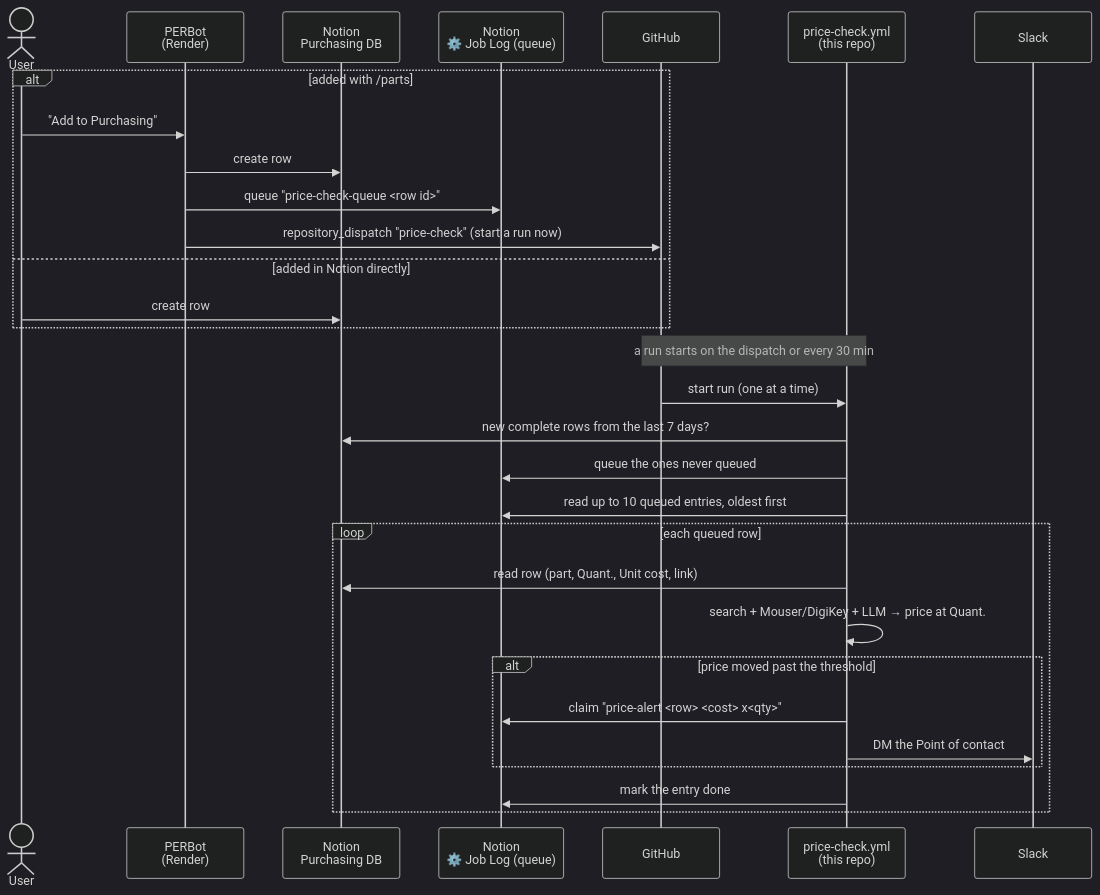
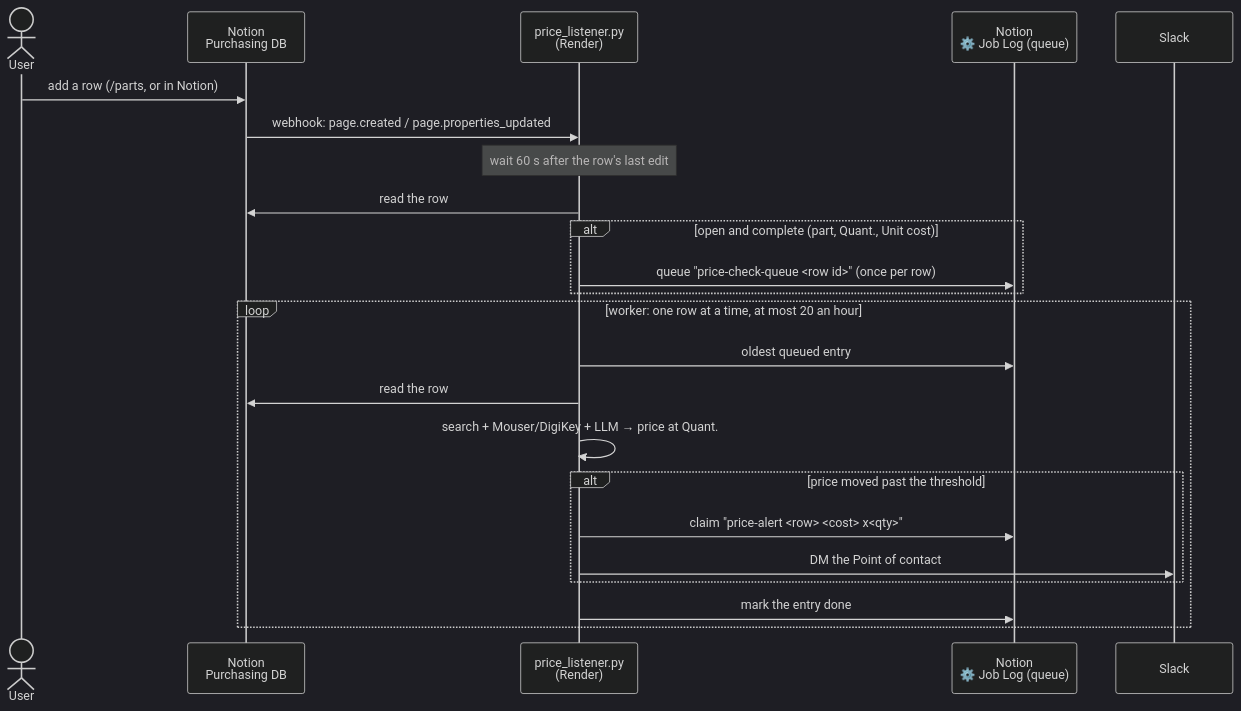
Before and after one commit to Penn-Electric-Racing/PER-Purchasing: the diagram in README.md, drawn with Mermaid (dark theme). The commit also changed other lines of this file and 6 other files, not shown here.

First line of the commit message:
Price check: Notion webhook listener instead of the 30-minute workflow

````diff
--- a/README.md
+++ b/README.md
@@ -277,33 +277,26 @@
 ```mermaid
 sequenceDiagram
     actor User
-    participant PERBot as PERBot<br/>(Render)
     participant Purchasing as Notion<br/>Purchasing DB
+    participant Listener as price_listener.py<br/>(Render)
     participant JobLog as Notion<br/>⚙️ Job Log (queue)
-    participant GitHub
-    participant Workflow as price-check.yml<br/>(this repo)
     participant Slack
 
-    alt added with /parts
-        User->>PERBot: "Add to Purchasing"
-        PERBot->>Purchasing: create row
-        PERBot->>JobLog: queue "price-check-queue #lt;row id#gt;"
-        PERBot->>GitHub: repository_dispatch "price-check" (start a run now)
-    else added in Notion directly
-        User->>Purchasing: create row
+    User->>Purchasing: add a row (/parts, or in Notion)
+    Purchasing->>Listener: webhook: page.created / page.properties_updated
+    Note over Listener: wait 60 s after the row's last edit
+    Listener->>Purchasing: read the row
+    alt open and complete (part, Quant., Unit cost)
+        Listener->>JobLog: queue "price-check-queue #lt;row id#gt;" (once per row)
     end
-    Note over GitHub,Workflow: a run starts on the dispatch or every 30 min
-    GitHub->>Workflow: start run (one at a time)
-    Workflow->>Purchasing: new complete rows from the last 7 days?
-    Workflow->>JobLog: queue the ones never queued
-    Workflow->>JobLog: read up to 10 queued entries, oldest first
-    loop each queued row
-        Workflow->>Purchasing: read row (part, Quant., Unit cost, link)
-        Workflow->>Workflow: search + Mouser/DigiKey + LLM → price at Quant.
+    loop worker: one row at a time, at most 20 an hour
+        Listener->>JobLog: oldest queued entry
+        Listener->>Purchasing: read the row
+        Listener->>Listener: search + Mouser/DigiKey + LLM → price at Quant.
         alt price moved past the threshold
-            Workflow->>JobLog: claim "price-alert #lt;row#gt; #lt;cost#gt; x#lt;qty#gt;"
-            Workflow->>Slack: DM the Point of contact
+            Listener->>JobLog: claim "price-alert #lt;row#gt; #lt;cost#gt; x#lt;qty#gt;"
+            Listener->>Slack: DM the Point of contact
         end
-        Workflow->>JobLog: mark the entry done
+        Listener->>JobLog: mark the entry done
     end
 ```
````
